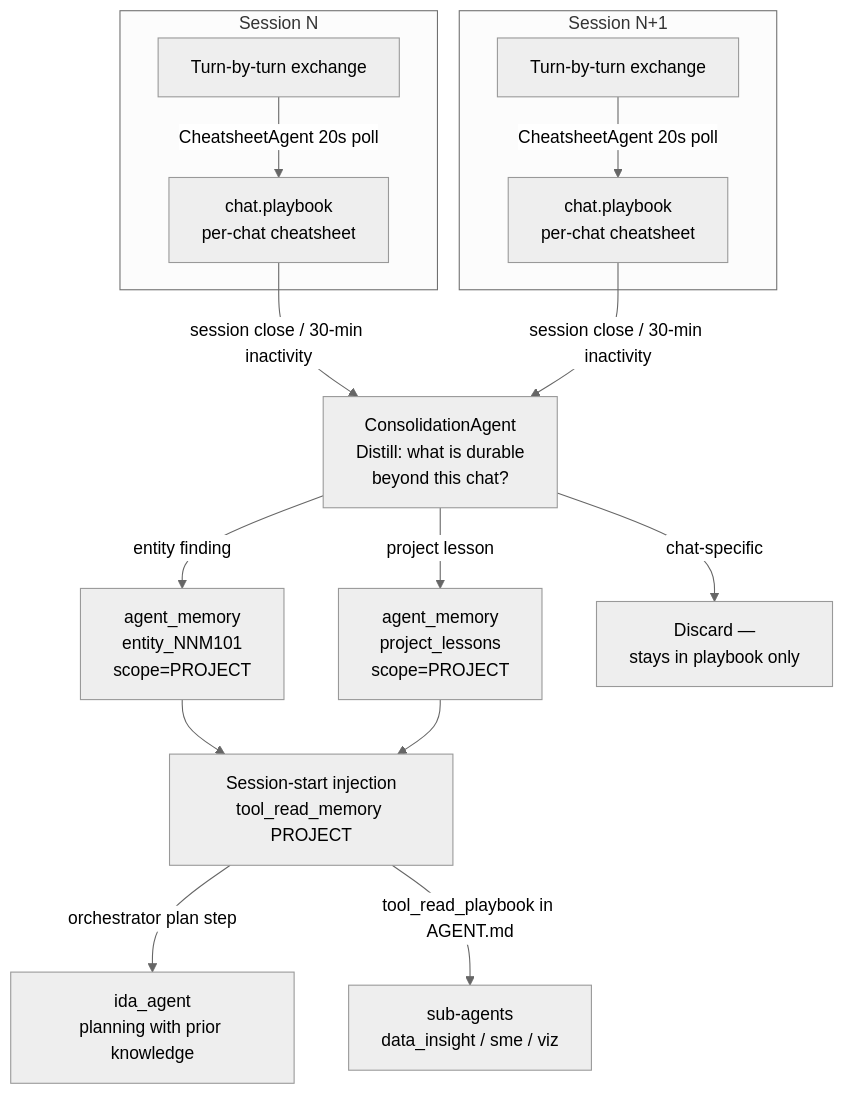
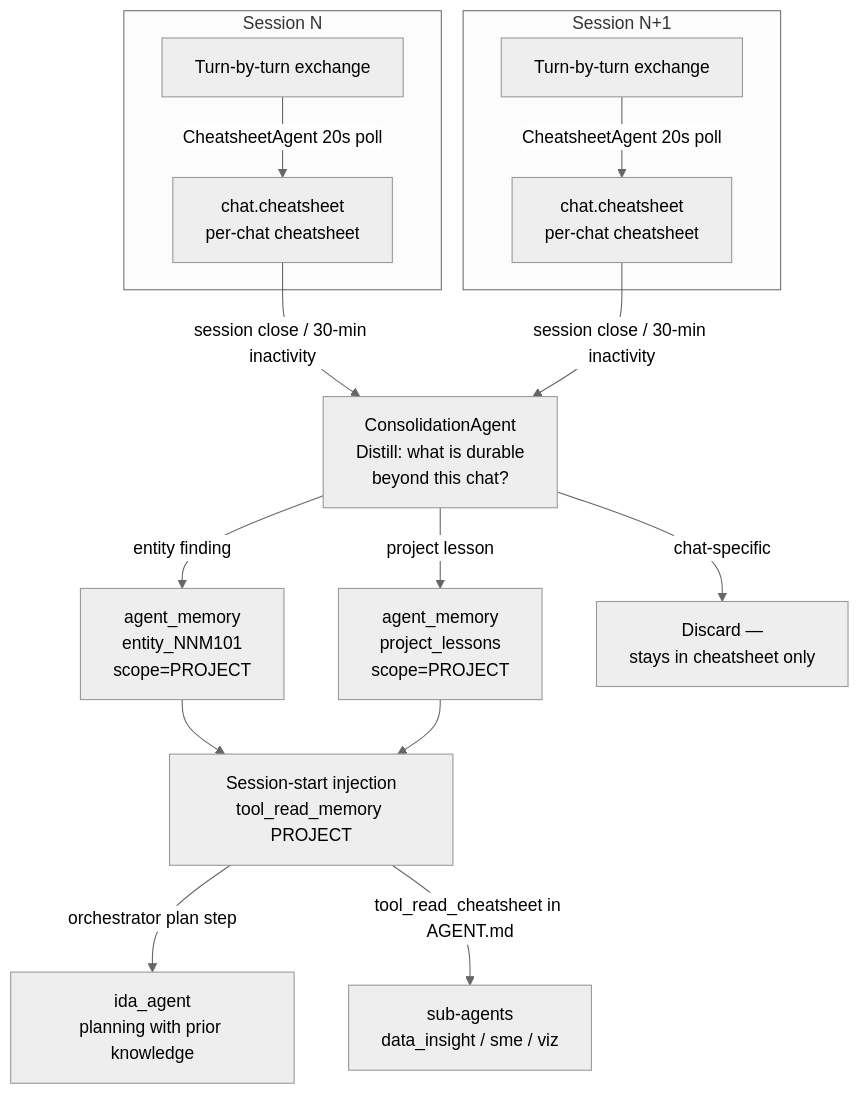
One commit to wiedersehne/Ida-arch changed the ninth of 9 diagrams in memory-gap-analysis-n-solution.md. Above: the diagram before and after it, drawn with Mermaid (neutral theme). The commit also changed other lines of this file, not shown here.

````diff
--- a/memory-gap-analysis-n-solution.md
+++ b/memory-gap-analysis-n-solution.md
@@ -356,22 +442,22 @@
 ```mermaid
 flowchart TD
     subgraph Session1 ["Session N"]
-        S1A[Turn-by-turn exchange] -->|CheatsheetAgent 20s poll| S1B[chat.playbook\nper-chat cheatsheet]
+        S1A[Turn-by-turn exchange] -->|CheatsheetAgent 20s poll| S1B[chat.cheatsheet\nper-chat cheatsheet]
     end
 
     subgraph Session2 ["Session N+1"]
-        S2A[Turn-by-turn exchange] -->|CheatsheetAgent 20s poll| S2B[chat.playbook\nper-chat cheatsheet]
+        S2A[Turn-by-turn exchange] -->|CheatsheetAgent 20s poll| S2B[chat.cheatsheet\nper-chat cheatsheet]
     end
 
     S1B -->|session close / 30-min inactivity| CONS[ConsolidationAgent\nDistill: what is durable\nbeyond this chat?]
     S2B -->|session close / 30-min inactivity| CONS
 
     CONS -->|entity finding| AM1[agent_memory\nentity_NNM101\nscope=PROJECT]
     CONS -->|project lesson| AM2[agent_memory\nproject_lessons\nscope=PROJECT]
-    CONS -->|chat-specific| DISC[Discard —\nstays in playbook only]
+    CONS -->|chat-specific| DISC[Discard —\nstays in cheatsheet only]
 
     AM1 --> INJECT
     AM2 --> INJECT
     INJECT[Session-start injection\ntool_read_memory PROJECT] -->|orchestrator plan step| ORC[ida_agent\nplanning with prior knowledge]
-    INJECT -->|tool_read_playbook in AGENT.md| SUB[sub-agents\ndata_insight / sme / viz]
+    INJECT -->|tool_read_cheatsheet in AGENT.md| SUB[sub-agents\ndata_insight / sme / viz]
 ```
````
